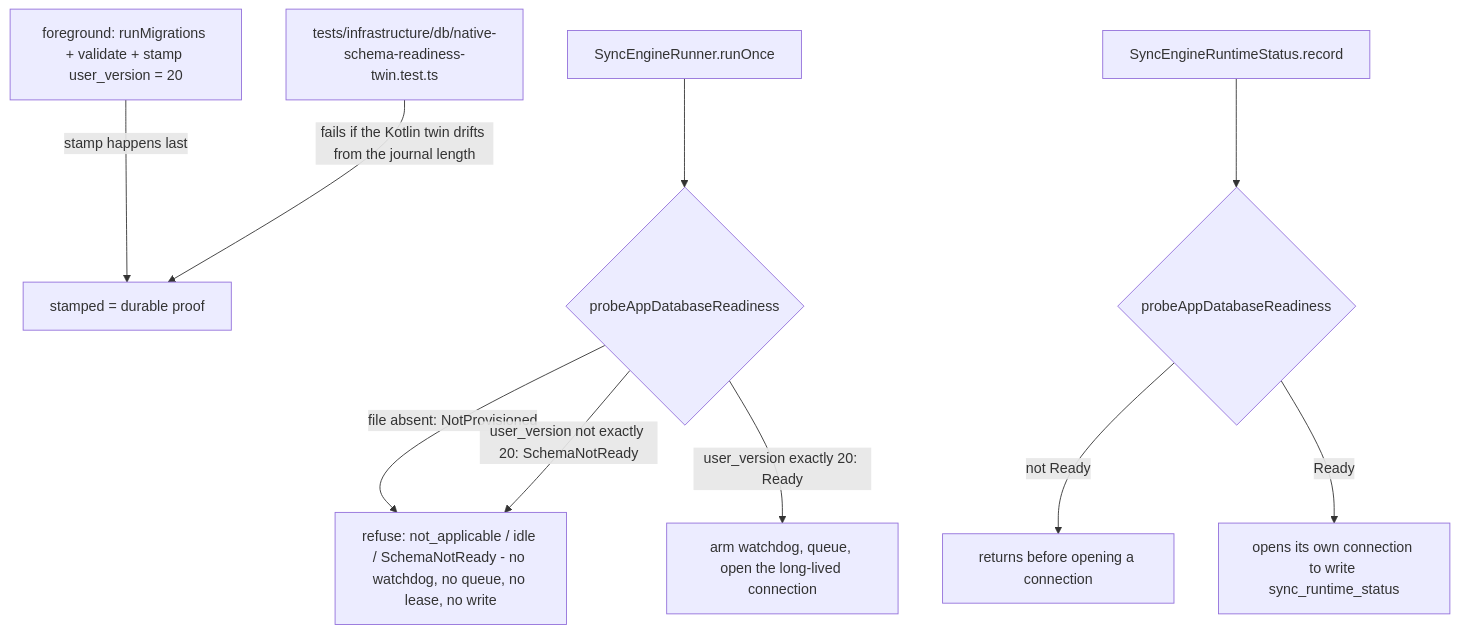
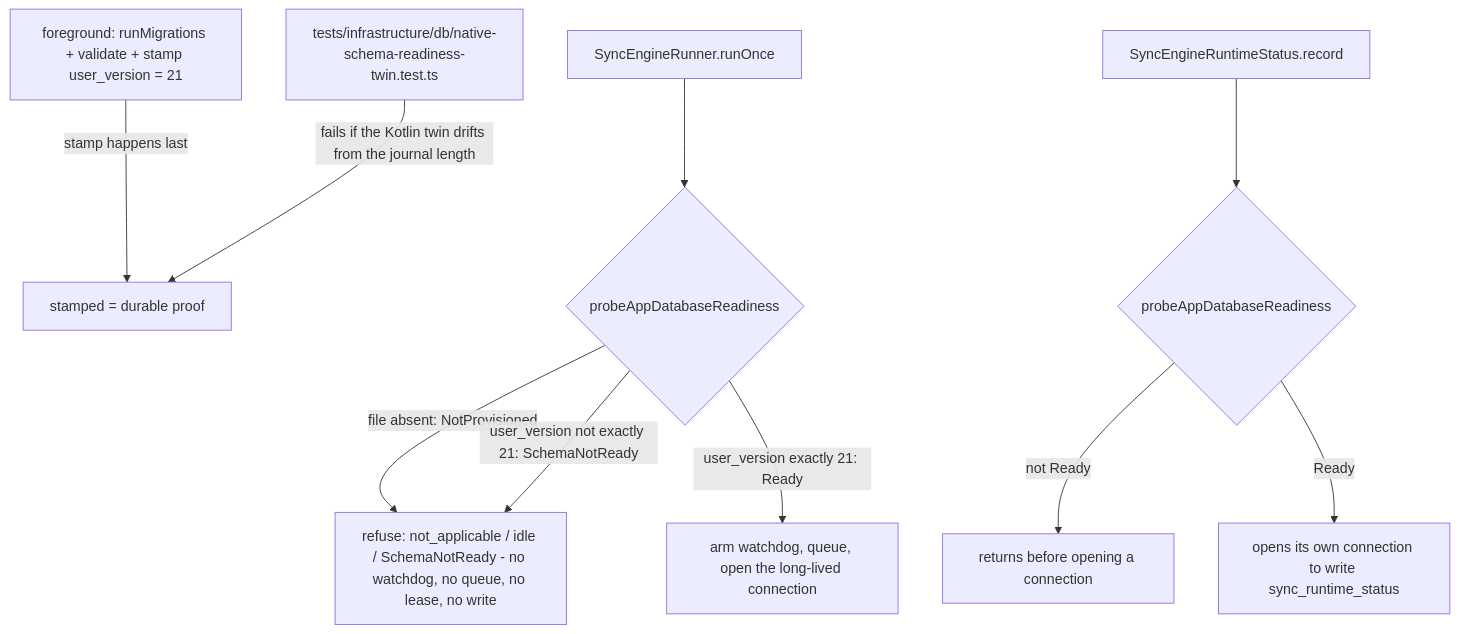
The fourth of 4 diagrams in docs/mobile-database-recovery.md (Disble/autoreas-mobile), drawn with Mermaid before and after one commit. The commit also changed other lines of this file and 114 other files, not shown here.

````diff
--- a/docs/mobile-database-recovery.md
+++ b/docs/mobile-database-recovery.md
@@ -233,12 +233,12 @@
 ```mermaid
 flowchart TD
-  F["foreground: runMigrations + validate + stamp user_version = 20"] -->|"stamp happens last"| S["stamped = durable proof"]
+  F["foreground: runMigrations + validate + stamp user_version = 21"] -->|"stamp happens last"| S["stamped = durable proof"]
   A["SyncEngineRunner.runOnce"] --> B{"probeAppDatabaseReadiness"}
   B -->|"file absent: NotProvisioned"| R["refuse: not_applicable / idle / SchemaNotReady - no watchdog, no queue, no lease, no write"]
-  B -->|"user_version not exactly 20: SchemaNotReady"| R
-  B -->|"user_version exactly 20: Ready"| O["arm watchdog, queue, open the long-lived connection"]
+  B -->|"user_version not exactly 21: SchemaNotReady"| R
+  B -->|"user_version exactly 21: Ready"| O["arm watchdog, queue, open the long-lived connection"]
   C["SyncEngineRuntimeStatus.record"] --> D{"probeAppDatabaseReadiness"}
   D -->|"not Ready"| Q["returns before opening a connection"]
   D -->|"Ready"| W["opens its own connection to write sync_runtime_status"]
   T["tests/infrastructure/db/native-schema-readiness-twin.test.ts"] -->|"fails if the Kotlin twin drifts from the journal length"| S
 ```
````
